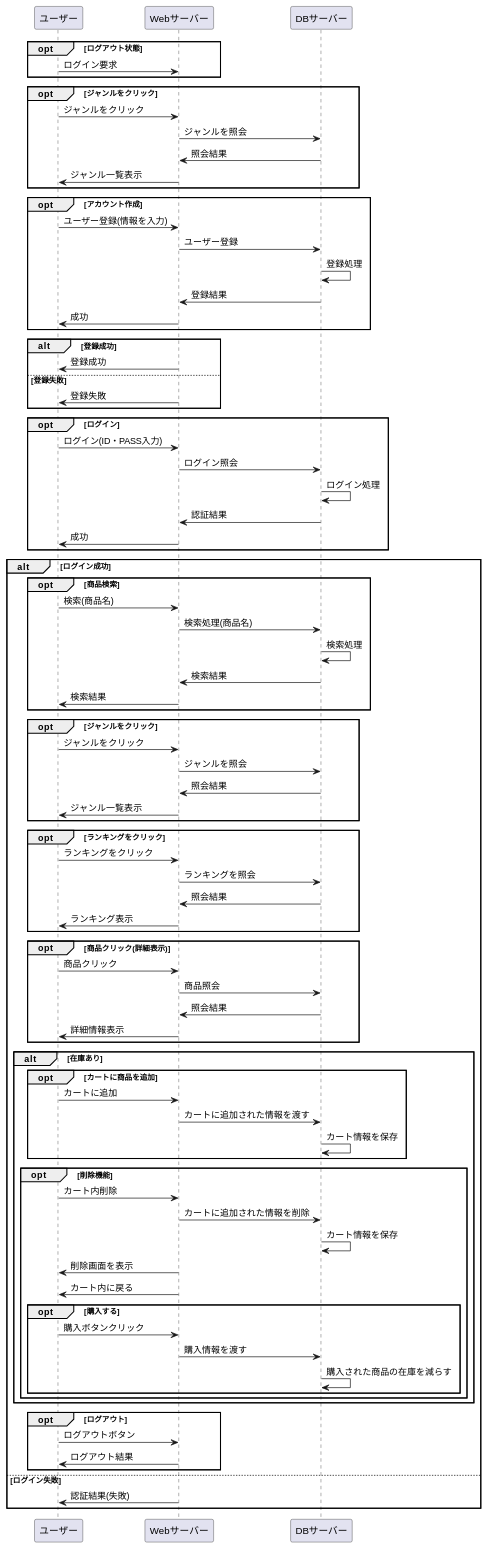
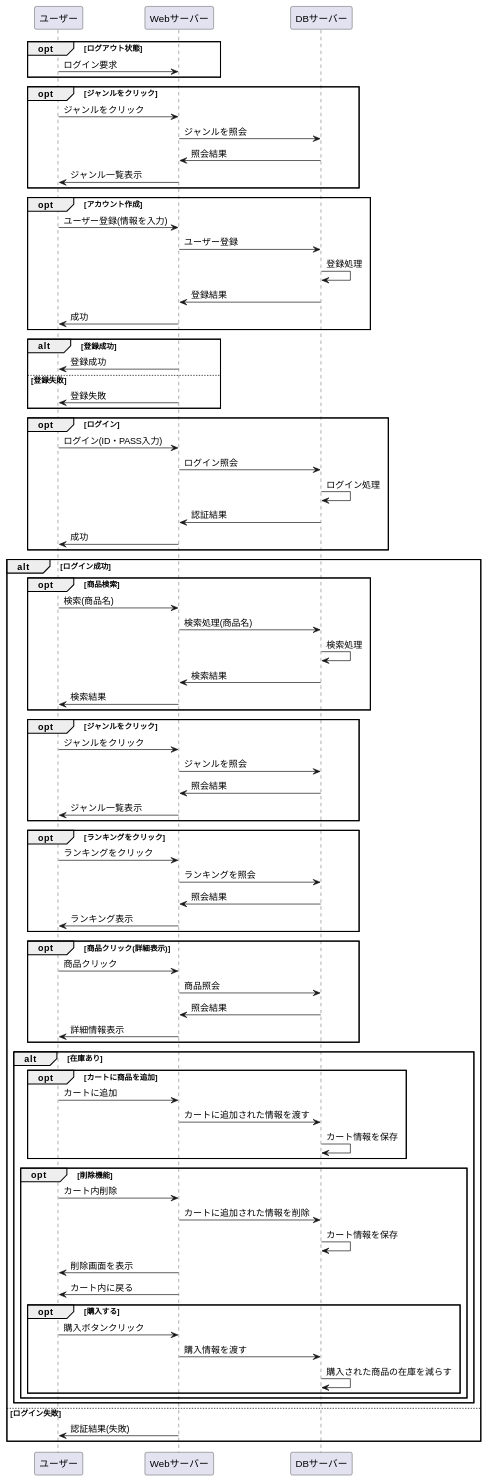
Before and after one commit to Aso2001154/2021sys-design: the diagram in stationary/業務フロー/ren.md, drawn with PlantUML.

```diff
--- a/stationary/業務フロー/ren.md
+++ b/stationary/業務フロー/ren.md
@@ -88,11 +88,6 @@
 end
 end
 
-opt ログアウト
-ユーザー -> Webサーバー : ログアウトボタン
-Webサーバー -> ユーザー: ログアウト結果
-end
-
 else ログイン失敗
 Webサーバー -> ユーザー : 認証結果(失敗)
 end
```
